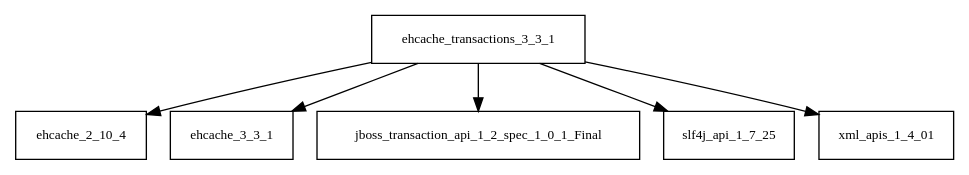
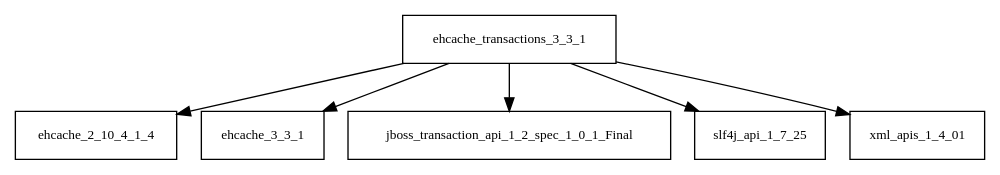
The diagram in tattleTaleReport/graphviz/ehcache-transactions-3.3.1.jar/ehcache-transactions-3.3.1.jar.dot (AglaianWoman/cia), drawn with Graphviz before and after one commit. The commit also changed 2443 other files, not shown here.

```diff
--- a/tattleTaleReport/graphviz/ehcache-transactions-3.3.1.jar/ehcache-transactions-3.3.1.jar.dot
+++ b/tattleTaleReport/graphviz/ehcache-transactions-3.3.1.jar/ehcache-transactions-3.3.1.jar.dot
@@ -1,8 +1,8 @@
 digraph ehcache_transactions_3_3_1_dependencies {
   node [shape = box, fontsize=10.0];
-  ehcache_transactions_3_3_1 -> ehcache_2_10_4;
+  ehcache_transactions_3_3_1 -> ehcache_2_10_4_1_4;
   ehcache_transactions_3_3_1 -> ehcache_3_3_1;
   ehcache_transactions_3_3_1 -> jboss_transaction_api_1_2_spec_1_0_1_Final;
   ehcache_transactions_3_3_1 -> slf4j_api_1_7_25;
   ehcache_transactions_3_3_1 -> xml_apis_1_4_01;
 }
```
